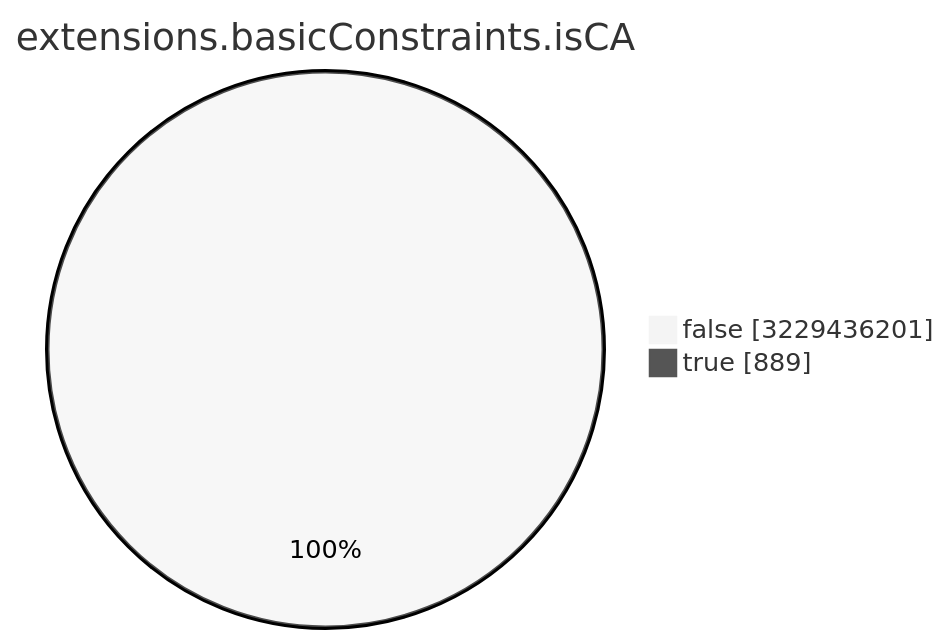
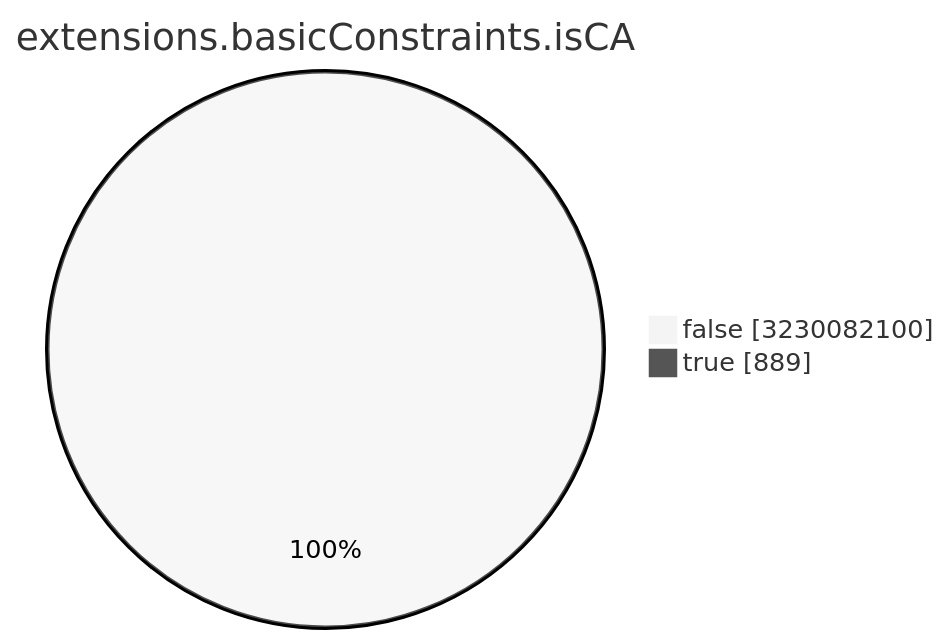
One commit to christiankrug/ctmonitor_visualization changed the seventh of 15 diagrams in TOTAL/README.md. Above: the diagram before and after it, drawn with Mermaid (neutral theme). The commit also changed other lines of this file, not shown here.

````diff
--- a/TOTAL/README.md
+++ b/TOTAL/README.md
@@ -3088,6 +3088,6 @@
 ```mermaid
 pie showData
 title extensions.basicConstraints.isCA
-"false" :3229436201
+"false" :3230082100
 "true" :889
 ```
````
